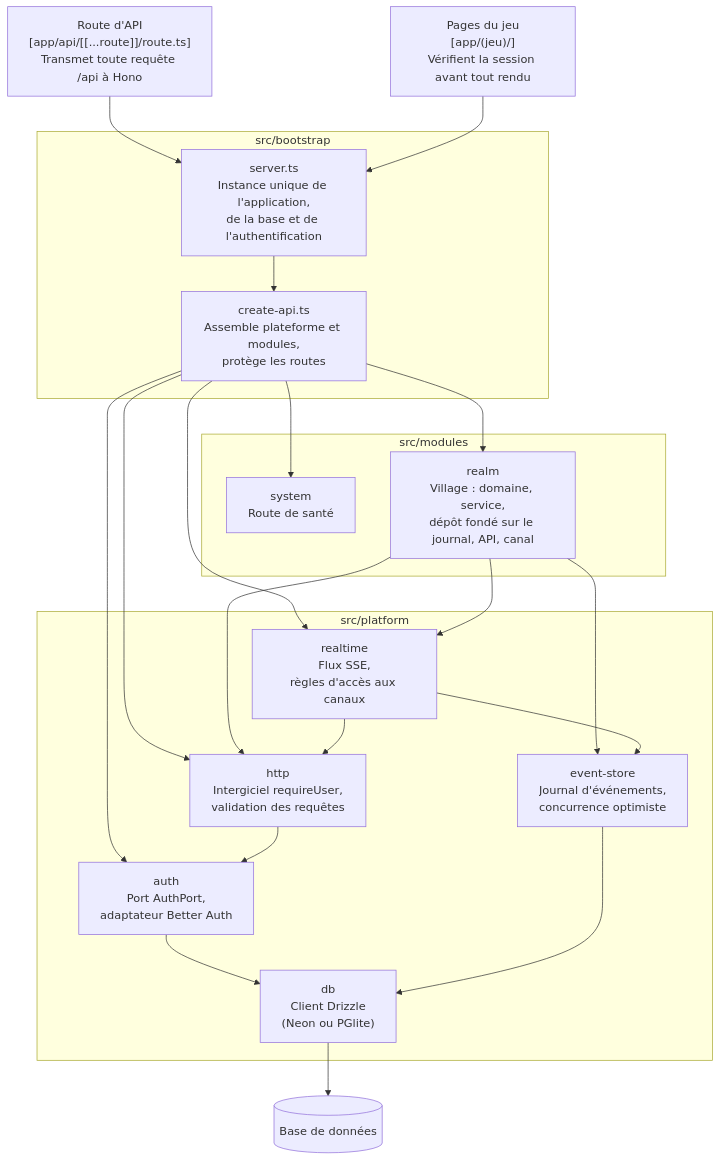
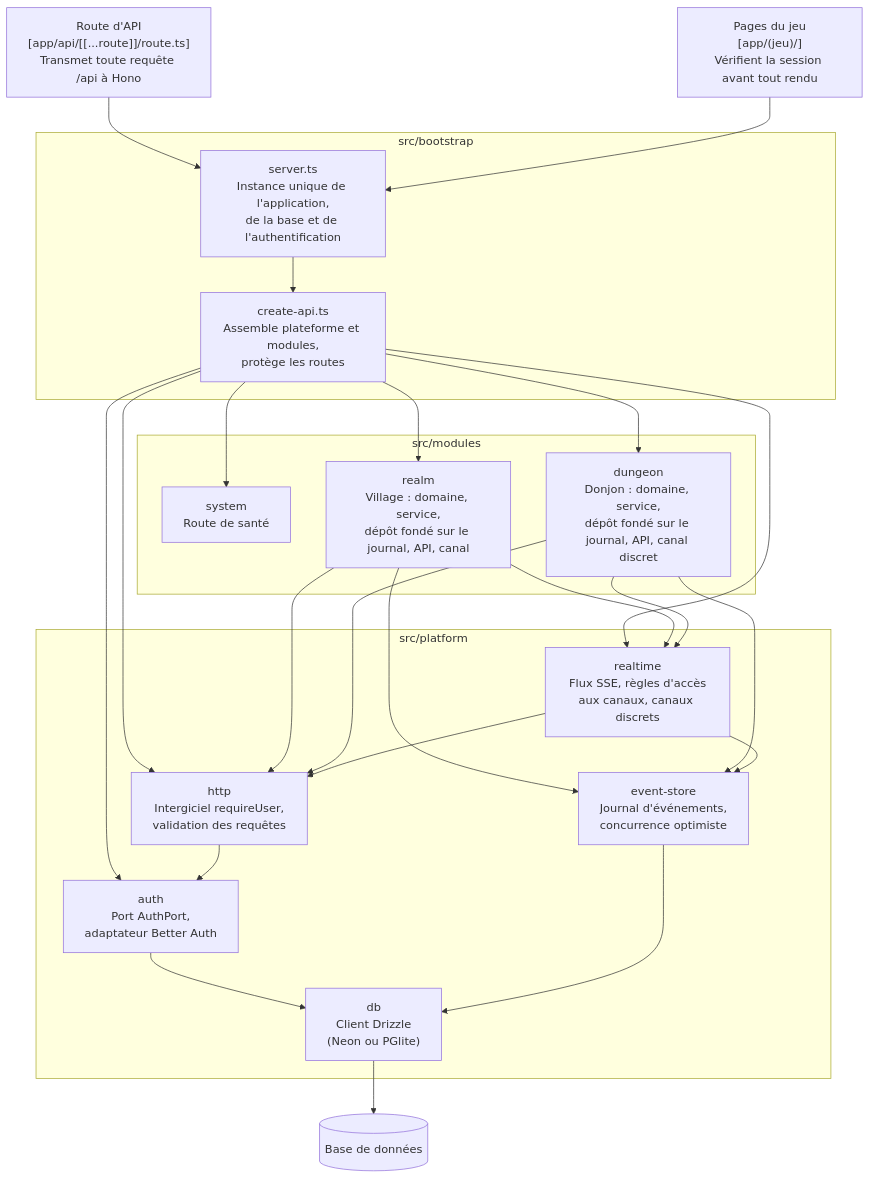
One commit to Swixos/royaumes changed the third of 4 diagrams in docs/architecture.md. Above: the diagram before and after it, drawn with Mermaid. The commit also changed 4 other files, not shown here.

````diff
--- a/docs/architecture.md
+++ b/docs/architecture.md
@@ -50,31 +50,33 @@
 ```mermaid
 flowchart TB
   route["Route d'API<br/>[app/api/[[...route]]/route.ts]<br/>Transmet toute requête /api à Hono"]
   pages["Pages du jeu<br/>[app/(jeu)/]<br/>Vérifient la session avant tout rendu"]
   subgraph bootstrap["src/bootstrap"]
     server["server.ts<br/>Instance unique de l'application,<br/>de la base et de l'authentification"]
     createapi["create-api.ts<br/>Assemble plateforme et modules,<br/>protège les routes"]
   end
   subgraph modules["src/modules"]
     system["system<br/>Route de santé"]
     realm["realm<br/>Village : domaine, service,<br/>dépôt fondé sur le journal, API, canal"]
+    dungeon["dungeon<br/>Donjon : domaine, service,<br/>dépôt fondé sur le journal, API, canal discret"]
   end
   subgraph platform["src/platform"]
     auth["auth<br/>Port AuthPort,<br/>adaptateur Better Auth"]
     http["http<br/>Intergiciel requireUser,<br/>validation des requêtes"]
-    realtime["realtime<br/>Flux SSE,<br/>règles d'accès aux canaux"]
+    realtime["realtime<br/>Flux SSE, règles d'accès<br/>aux canaux, canaux discrets"]
     store["event-store<br/>Journal d'événements,<br/>concurrence optimiste"]
     db["db<br/>Client Drizzle<br/>(Neon ou PGlite)"]
   end
   base[("Base de données")]
   route --> server
   pages --> server
   server --> createapi
-  createapi --> system & realm & auth & http & realtime
+  createapi --> system & realm & dungeon & auth & http & realtime
   realm --> store & realtime & http
+  dungeon --> store & realtime & http
   realtime --> store & http
   http --> auth
   auth --> db
   store --> db
   db --> base
 ```
````
